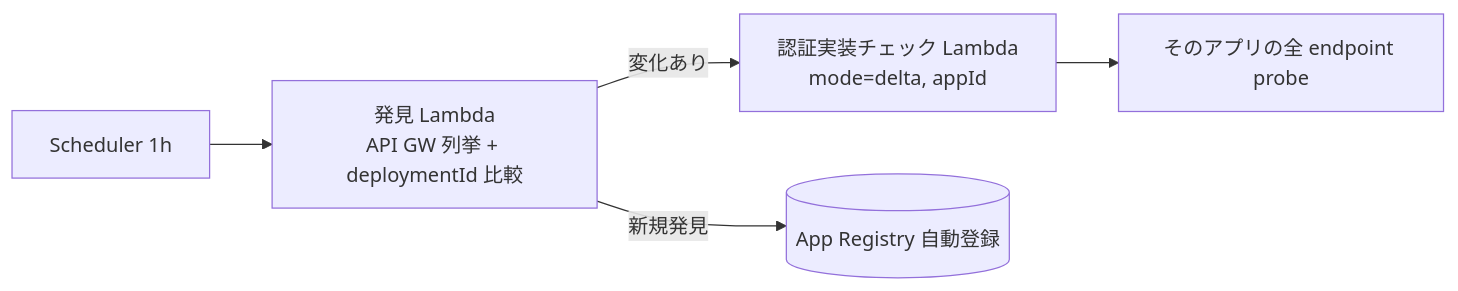
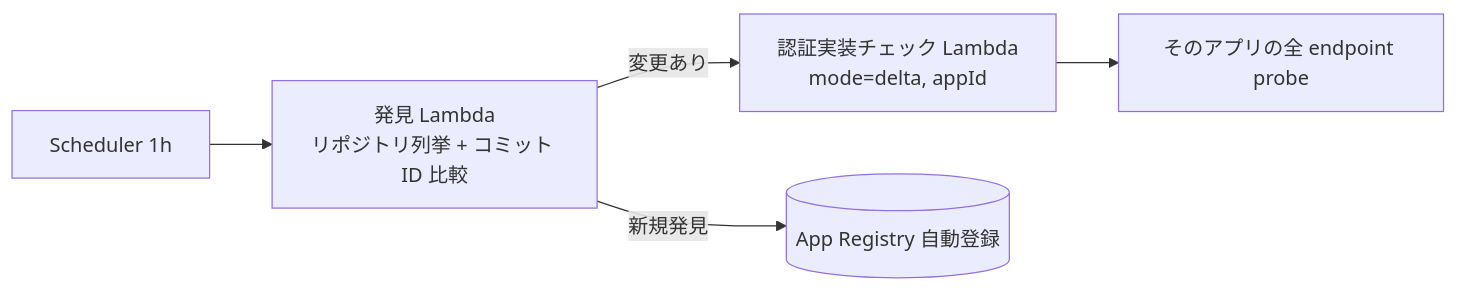
One commit to suepie/aws-atuh-poc changed the second of 2 diagrams in doc/api-platform/basic-design/18-scan-modes-and-scheduling.md. Above: the diagram before and after it, drawn with Mermaid. The commit also changed other lines of this file and 11 other files, not shown here.

````diff
--- a/doc/api-platform/basic-design/18-scan-modes-and-scheduling.md
+++ b/doc/api-platform/basic-design/18-scan-modes-and-scheduling.md
@@ -68,7 +68,7 @@
 ```mermaid
 flowchart LR
-    SCH[Scheduler 1h] --> DISC[発見 Lambda<br/>API GW 列挙 + deploymentId 比較]
-    DISC -->|変化あり| L[認証実装チェック Lambda<br/>mode=delta, appId]
+    SCH[Scheduler 1h] --> DISC[発見 Lambda<br/>リポジトリ列挙 + コミット ID 比較]
+    DISC -->|変更あり| L[認証実装チェック Lambda<br/>mode=delta, appId]
     DISC -->|新規発見| REG[(App Registry 自動登録)]
     L --> P[そのアプリの全 endpoint probe]
 ```
````
